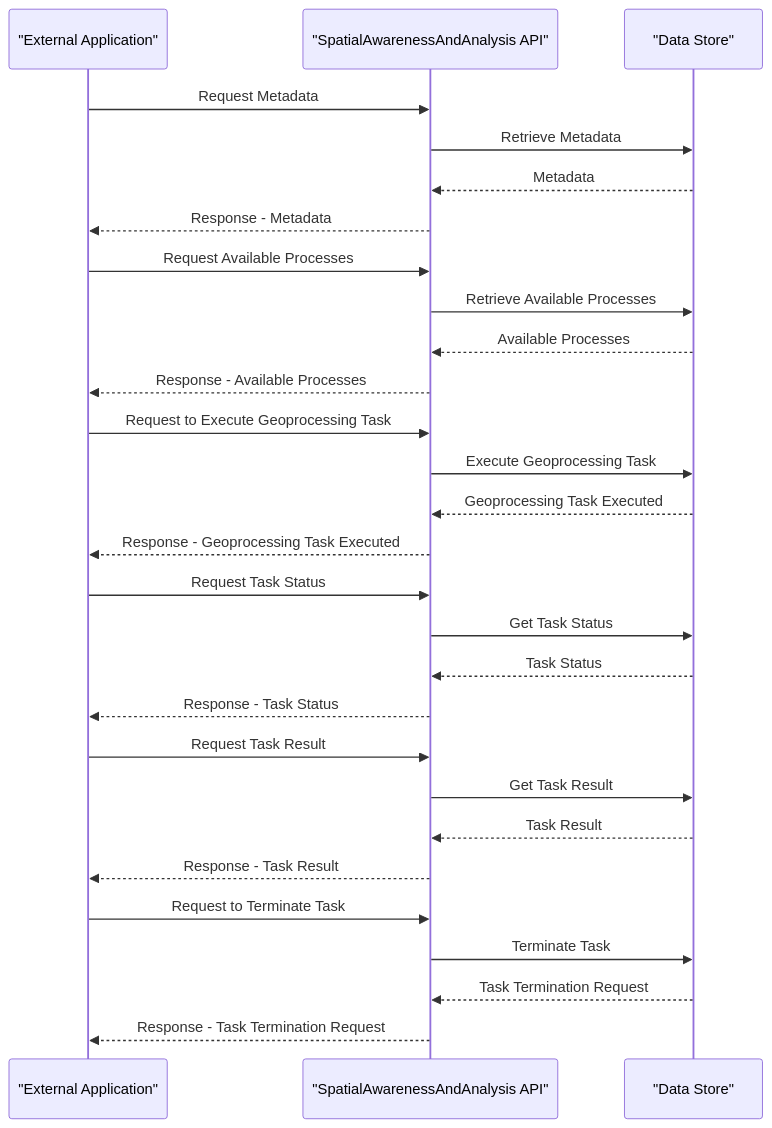
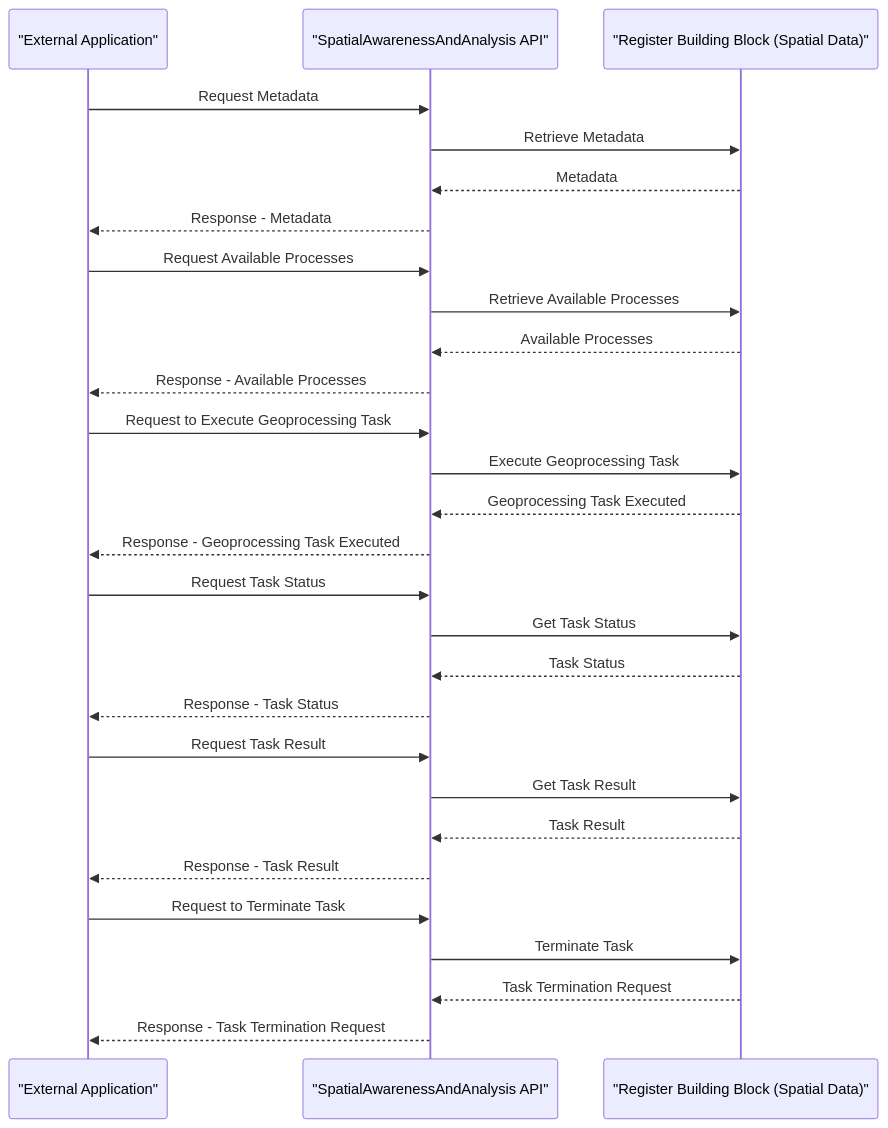
One commit to GovStackWorkingGroup/bb-gis changed diagram 11 of 18 in spec/9-workflows.md. Above: the diagram before and after it, drawn with Mermaid. The commit also changed other lines of this file and 20 other files, not shown here.

````diff
--- a/spec/9-workflows.md
+++ b/spec/9-workflows.md
@@ -372,37 +373,37 @@
 ```mermaid
 sequenceDiagram
   participant ExternalApp as "External Application"
   participant SpatialAwarenessAPI as "SpatialAwarenessAndAnalysis API"
-  participant DataStore as "Data Store"
+  participant RegisterBB as "Register Building Block (Spatial Data)"
 
   ExternalApp ->> SpatialAwarenessAPI: Request Metadata
-  SpatialAwarenessAPI ->> DataStore: Retrieve Metadata
-  DataStore -->> SpatialAwarenessAPI: Metadata
+  SpatialAwarenessAPI ->> RegisterBB: Retrieve Metadata
+  RegisterBB -->> SpatialAwarenessAPI: Metadata
   SpatialAwarenessAPI -->> ExternalApp: Response - Metadata
 
   ExternalApp ->> SpatialAwarenessAPI: Request Available Processes
-  SpatialAwarenessAPI ->> DataStore: Retrieve Available Processes
-  DataStore -->> SpatialAwarenessAPI: Available Processes
+  SpatialAwarenessAPI ->> RegisterBB: Retrieve Available Processes
+  RegisterBB -->> SpatialAwarenessAPI: Available Processes
   SpatialAwarenessAPI -->> ExternalApp: Response - Available Processes
 
   ExternalApp ->> SpatialAwarenessAPI: Request to Execute Geoprocessing Task
-  SpatialAwarenessAPI ->> DataStore: Execute Geoprocessing Task
-  DataStore -->> SpatialAwarenessAPI: Geoprocessing Task Executed
+  SpatialAwarenessAPI ->> RegisterBB: Execute Geoprocessing Task
+  RegisterBB -->> SpatialAwarenessAPI: Geoprocessing Task Executed
   SpatialAwarenessAPI -->> ExternalApp: Response - Geoprocessing Task Executed
 
   ExternalApp ->> SpatialAwarenessAPI: Request Task Status
-  SpatialAwarenessAPI ->> DataStore: Get Task Status
-  DataStore -->> SpatialAwarenessAPI: Task Status
+  SpatialAwarenessAPI ->> RegisterBB: Get Task Status
+  RegisterBB -->> SpatialAwarenessAPI: Task Status
   SpatialAwarenessAPI -->> ExternalApp: Response - Task Status
 
   ExternalApp ->> SpatialAwarenessAPI: Request Task Result
-  SpatialAwarenessAPI ->> DataStore: Get Task Result
-  DataStore -->> SpatialAwarenessAPI: Task Result
+  SpatialAwarenessAPI ->> RegisterBB: Get Task Result
+  RegisterBB -->> SpatialAwarenessAPI: Task Result
   SpatialAwarenessAPI -->> ExternalApp: Response - Task Result
 
   ExternalApp ->> SpatialAwarenessAPI: Request to Terminate Task
-  SpatialAwarenessAPI ->> DataStore: Terminate Task
-  DataStore -->> SpatialAwarenessAPI: Task Termination Request
+  SpatialAwarenessAPI ->> RegisterBB: Terminate Task
+  RegisterBB -->> SpatialAwarenessAPI: Task Termination Request
   SpatialAwarenessAPI -->> ExternalApp: Response - Task Termination Request
 
 ```
````
